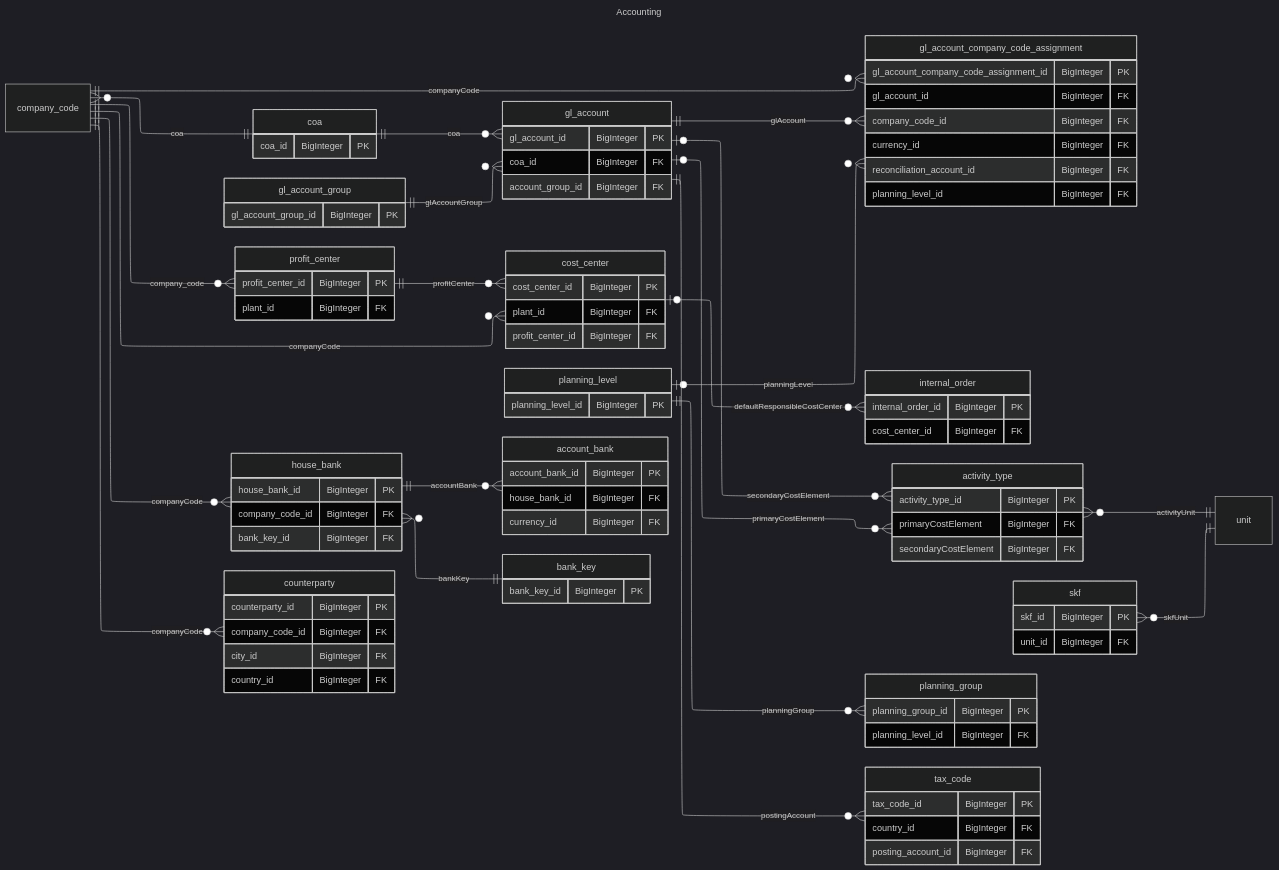
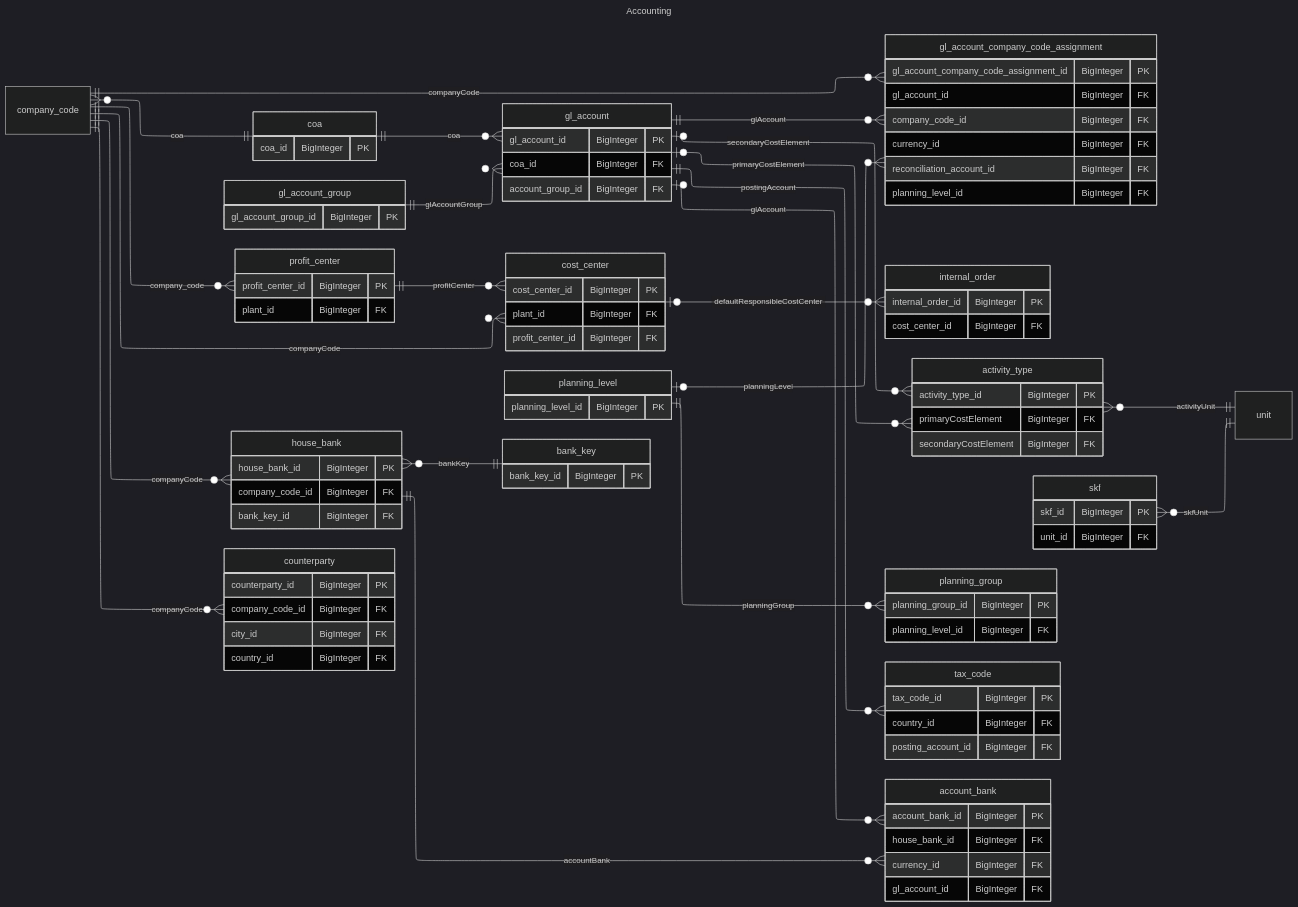
The diagram in split_v2/accounting.mmd (anhpeter/DDC), drawn with Mermaid (dark theme) before and after one commit. The commit also changed 2 other files, not shown here.

```diff
--- a/split_v2/accounting.mmd
+++ b/split_v2/accounting.mmd
@@ -1,133 +1,135 @@
 ---
 title: Accounting
 config:
   layout: elk
 ---
 erDiagram
     direction lr
 
     coa {
         coa_id BigInteger PK
     }
     gl_account_group {
         gl_account_group_id BigInteger PK
     }
     gl_account {
         gl_account_id BigInteger PK
         coa_id BigInteger FK
         account_group_id BigInteger FK
     }
     gl_account_company_code_assignment {
         gl_account_company_code_assignment_id BigInteger PK
         gl_account_id BigInteger FK
         company_code_id BigInteger FK
         currency_id BigInteger FK
         reconciliation_account_id BigInteger FK
         planning_level_id BigInteger FK
     }
     cost_center {
         cost_center_id BigInteger PK
         plant_id BigInteger FK
         profit_center_id BigInteger FK
     }
     profit_center {
         profit_center_id BigInteger PK
         plant_id BigInteger FK
     }
     internal_order {
         internal_order_id BigInteger PK
         cost_center_id BigInteger FK
     }
     activity_type {
         activity_type_id BigInteger PK
         primaryCostElement BigInteger FK
         secondaryCostElement BigInteger FK
     }
     skf {
         skf_id BigInteger PK
         unit_id BigInteger FK
     }
     planning_level {
         planning_level_id BigInteger PK
     }
     planning_group {
         planning_group_id BigInteger PK
         planning_level_id BigInteger FK
     }
     tax_code {
         tax_code_id BigInteger PK
         country_id BigInteger FK
         posting_account_id BigInteger FK
 
     }
     house_bank {
         house_bank_id BigInteger PK
         company_code_id BigInteger FK
         bank_key_id BigInteger FK
     }
     account_bank {
         account_bank_id BigInteger PK
         house_bank_id BigInteger FK
         currency_id BigInteger FK
+        gl_account_id BigInteger FK
     }
     counterparty {
         counterparty_id BigInteger PK
         company_code_id BigInteger FK
         city_id BigInteger FK
         country_id BigInteger FK
     }
     bank_key {
         bank_key_id BigInteger PK
     }
     %% %%
     %% payment_term {
     %%     payment_term_id BigInteger PK
     %% }
     %% payment_method {
     %%     payment_method BigInteger PK
     %% }
     %% document_type {
     %%     document_type_id BigInteger PK
     %% }
     %% tax_category {
     %%     tax_category_id BigInteger PK
     %% }
     %% tax_classification {
     %%     tax_classification_id BigInteger PK
     %% }
 
 
     %% CONTROLLING AREA
     company_code ||--o{ cost_center : "companyCode"
     company_code ||--o{ counterparty : "companyCode"
     profit_center ||--o{ cost_center : "profitCenter"
 
     %% ACTIVITY TYPE
     activity_type }o--|| unit  : "activityUnit"
 
     %% GL ACCOUNT
     gl_account_group ||--o{  gl_account: "glAccountGroup"
     coa ||--o{  gl_account: "coa"
     gl_account ||--o{ gl_account_company_code_assignment : "glAccount"
     company_code ||--o{ gl_account_company_code_assignment : "companyCode"
     planning_level |o--o{ gl_account_company_code_assignment: "planningLevel"
     gl_account |o--o{ activity_type : "primaryCostElement"
     gl_account |o--o{ activity_type : "secondaryCostElement"
 
     %% INTERNAL ORDER
     cost_center |o--o{ internal_order : "defaultResponsibleCostCenter"
 
     %% TAX CONFIGURATION
     gl_account ||--o{ tax_code  : "postingAccount"
 
     %% PLANNING
     planning_level ||--o{ planning_group : "planningGroup"
 
     %% SKF
     skf }o--|| unit: "skfUnit"
 
     company_code ||--o{ profit_center : "company_code"
     company_code }o--|| coa : "coa"
     company_code ||--o{ house_bank : "companyCode"
     house_bank }o--|| bank_key : "bankKey"
     house_bank ||--o{ account_bank : "accountBank"
+    gl_account |o--o{ account_bank : "glAccount"
```
